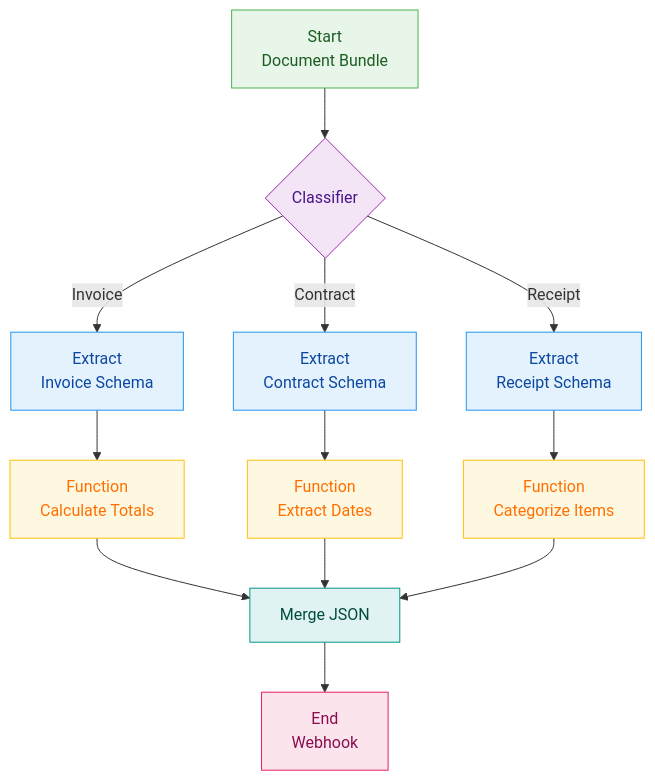
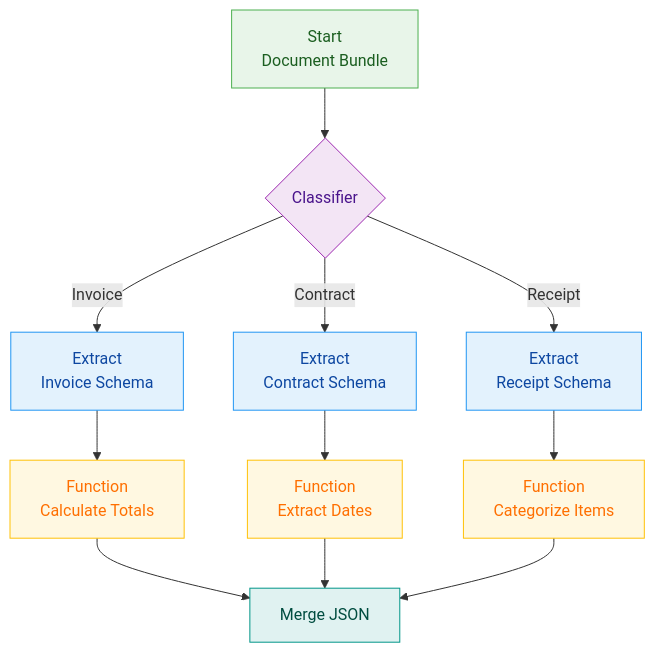
Before and after one commit to retab-dev/docs: the second of 2 diagrams in workflows/Workflows.mdx, drawn with Mermaid. The commit also changed other lines of this file and 12 other files, not shown here.

````diff
--- a/workflows/Workflows.mdx
+++ b/workflows/Workflows.mdx
@@ -306,29 +290,26 @@
 ```mermaid
 flowchart TD
     A[Start\nDocument Bundle] --> B{Classifier}
     
     B -->|Invoice| C[Extract\nInvoice Schema]
     B -->|Contract| D[Extract\nContract Schema]
     B -->|Receipt| E[Extract\nReceipt Schema]
     
     C --> F[Function\nCalculate Totals]
     D --> G[Function\nExtract Dates]
     E --> H[Function\nCategorize Items]
     
     F --> I[Merge JSON]
     G --> I
     H --> I
-    
-    I --> J[End\nWebhook]
 
     style A fill:#e8f5e9,stroke:#4caf50,color:#1b5e20
     style B fill:#f3e5f5,stroke:#9c27b0,color:#4a148c
     style C fill:#e3f2fd,stroke:#2196f3,color:#0d47a1
     style D fill:#e3f2fd,stroke:#2196f3,color:#0d47a1
     style E fill:#e3f2fd,stroke:#2196f3,color:#0d47a1
     style F fill:#fff8e1,stroke:#ffc107,color:#ff6f00
     style G fill:#fff8e1,stroke:#ffc107,color:#ff6f00
     style H fill:#fff8e1,stroke:#ffc107,color:#ff6f00
     style I fill:#e0f2f1,stroke:#009688,color:#004d40
-    style J fill:#fce4ec,stroke:#e91e63,color:#880e4f
 ```
````
